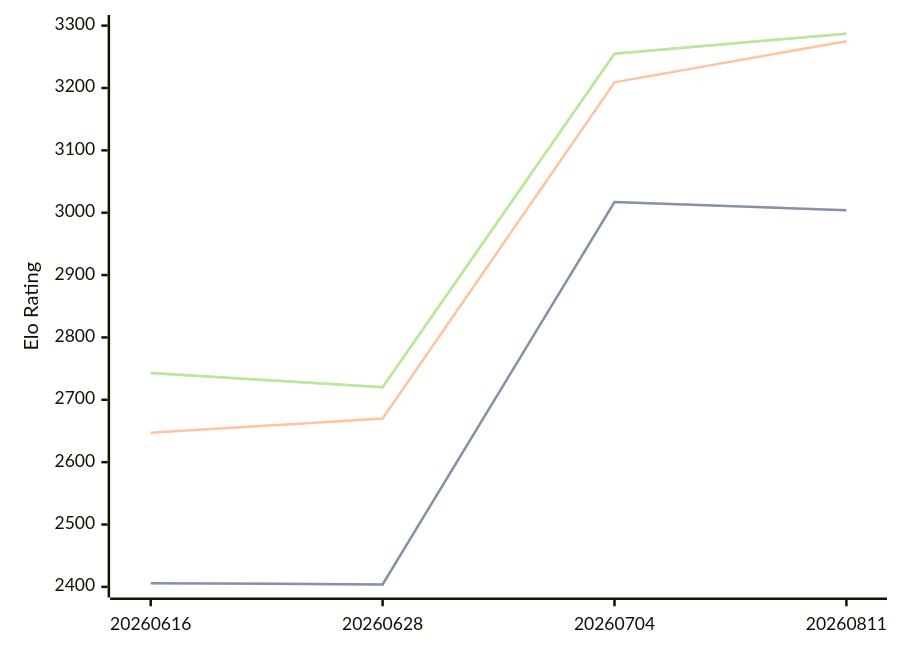
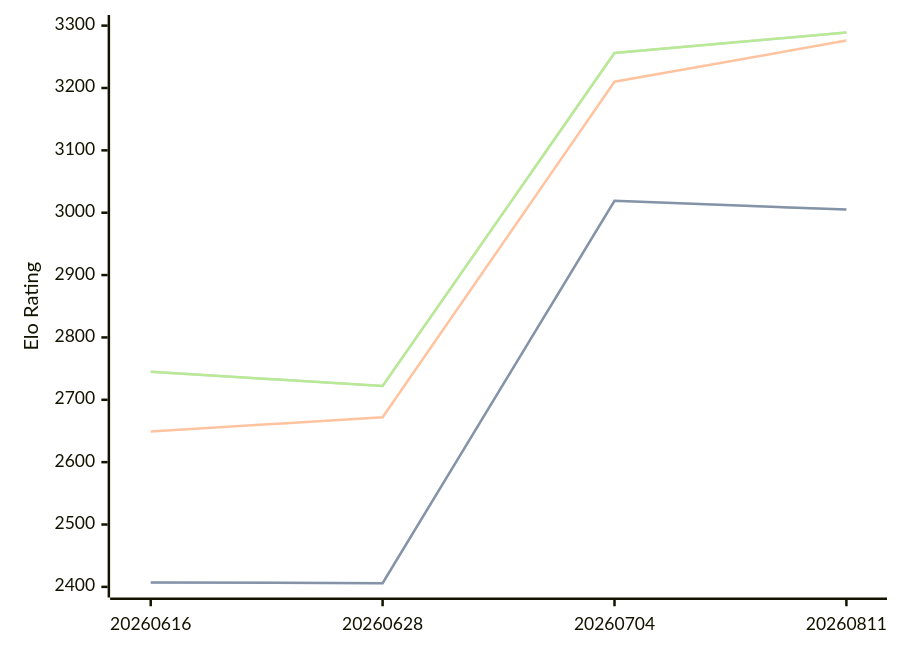
Before and after one commit to computer-chess-index/cci: the diagram in engines/Askaig.md, drawn with Mermaid. The commit also changed other lines of this file, not shown here.

Commit message:
Update CCI Ratings (ELO VLTC) - 2026-09-01

````diff
--- a/engines/Askaig.md
+++ b/engines/Askaig.md
@@ -36,11 +36,11 @@
 ```mermaid
 %%{init: {"theme":"base","themeVariables":{"seriesColors:['#a3a3a3','#222221','#faa371']}}}%%
 xychart-beta
   x-axis ["20260616", "20260628", "20260704", "20260811"]
   y-axis "Elo Rating" 2400 --> 3300
-  line "" [2406, 2404, 3017, 3004]
-  line "STC (8.0+0.08s)" [2406, 2404, 3017, 3004]
-  line "LTC (60.0+0.60s)" [2647, 2670, 3209, 3275]
-  line "" [2743, 2720, 3255, 3287]
-  line "VLTC (2m24s+1.12s)" [2743, 2720, 3255, 3287]
+  line "" [2407, 2406, 3019, 3005]
+  line "STC (8.0+0.08s)" [2407, 2406, 3019, 3005]
+  line "LTC (60.0+0.60s)" [2649, 2672, 3210, 3276]
+  line "" [2745, 2722, 3256, 3289]
+  line "VLTC (2m24s+1.12s)" [2745, 2722, 3256, 3289]
 ```
````
